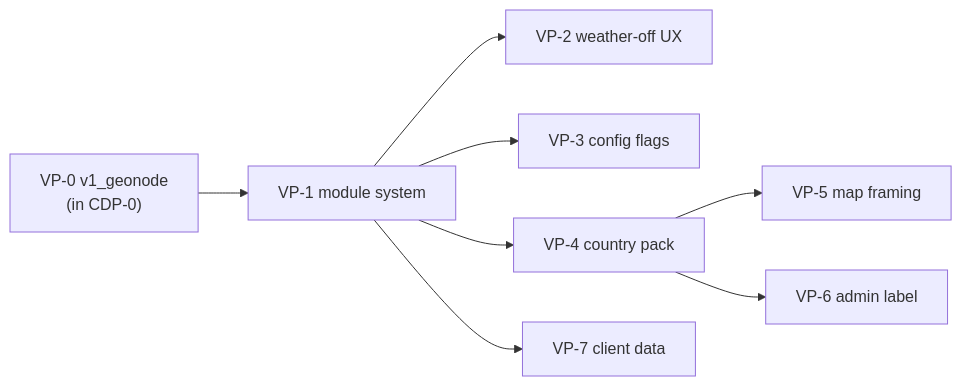
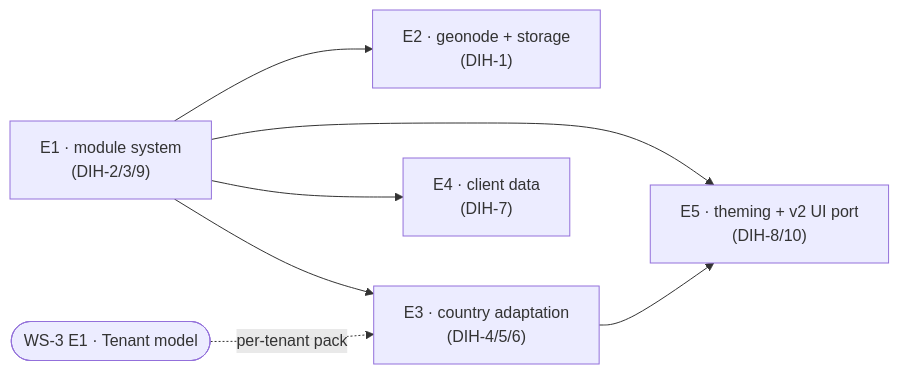
One commit to akvo/drought-map-hub changed the diagram in docs/global-dih/2-v2-porting/README.md. Above: the diagram before and after it, drawn with Mermaid. The commit also changed other lines of this file and 33 other files, not shown here.

First line of the commit message:
feat(multi-tenancy): add foundational documents for per-tenant branding, GeoNode attribution, and jobs/datasets scoping

````diff
--- a/docs/global-dih/2-v2-porting/README.md
+++ b/docs/global-dih/2-v2-porting/README.md
@@ -40,10 +47,9 @@
 ```mermaid
 flowchart LR
-    VP0["VP-0 v1_geonode<br/>(in CDP-0)"] --> VP1["VP-1 module system"]
-    VP1 --> VP2["VP-2 weather-off UX"]
-    VP1 --> VP3["VP-3 config flags"]
-    VP1 --> VP4["VP-4 country pack"]
-    VP1 --> VP7["VP-7 client data"]
-    VP4 --> VP5["VP-5 map framing"]
-    VP4 --> VP6["VP-6 admin label"]
+    E1["E1 · module system<br/>(DIH-2/3/9)"] --> E2["E2 · geonode + storage<br/>(DIH-1)"]
+    E1 --> E3["E3 · country adaptation<br/>(DIH-4/5/6)"]
+    E1 --> E4["E4 · client data<br/>(DIH-7)"]
+    E1 --> E5["E5 · theming + v2 UI port<br/>(DIH-8/10)"]
+    E3 --> E5
+    MT1(["WS-3 E1 · Tenant model"]) -. per-tenant pack .-> E3
 ```
````
